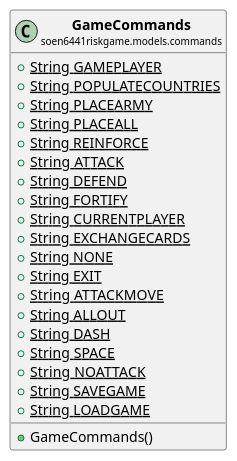
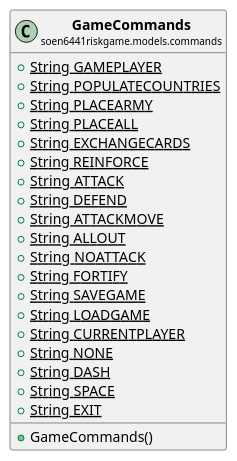
The diagram in docs/javadocs/soen6441riskgame/models/commands/GameCommands.puml (huntertran/soen6441-riskgame), drawn with PlantUML before and after one commit. The commit also changed other lines of this file and 199 other files, not shown here.

```diff
--- a/docs/javadocs/soen6441riskgame/models/commands/GameCommands.puml
+++ b/docs/javadocs/soen6441riskgame/models/commands/GameCommands.puml
@@ -1,31 +1,31 @@
 @startuml
 
 skinparam svgLinkTarget _parent
 skinparam linetype ortho
 set namespaceSeparator none
 class "<b><size:14>GameCommands</b>\n<size:10>soen6441riskgame.models.commands" as soen6441riskgame.models.commands.GameCommands  [[../../../soen6441riskgame/models/commands/GameCommands.html{soen6441riskgame.models.commands.GameCommands}]] {
 {static} +String GAMEPLAYER
 {static} +String POPULATECOUNTRIES
 {static} +String PLACEARMY
 {static} +String PLACEALL
+{static} +String EXCHANGECARDS
 {static} +String REINFORCE
 {static} +String ATTACK
 {static} +String DEFEND
-{static} +String FORTIFY
-{static} +String CURRENTPLAYER
-{static} +String EXCHANGECARDS
-{static} +String NONE
-{static} +String EXIT
 {static} +String ATTACKMOVE
 {static} +String ALLOUT
+{static} +String NOATTACK
+{static} +String FORTIFY
+{static} +String SAVEGAME
+{static} +String LOADGAME
+{static} +String CURRENTPLAYER
+{static} +String NONE
 {static} +String DASH
 {static} +String SPACE
-{static} +String NOATTACK
-{static} +String SAVEGAME
-{static} +String LOADGAME
+{static} +String EXIT
 +GameCommands()
 }
 
 
 
 @enduml
```
